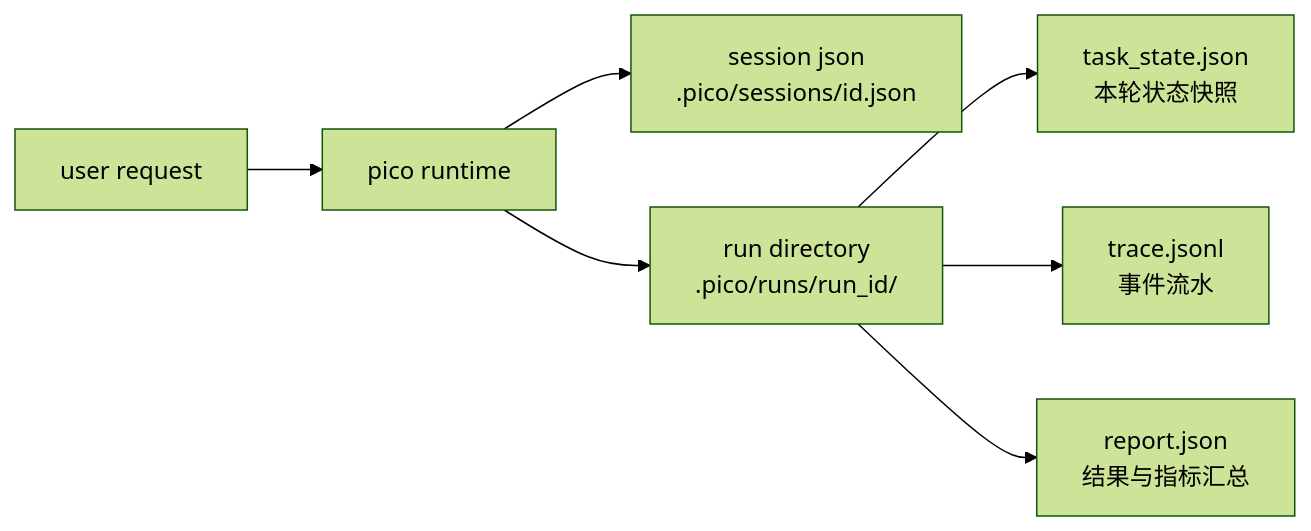
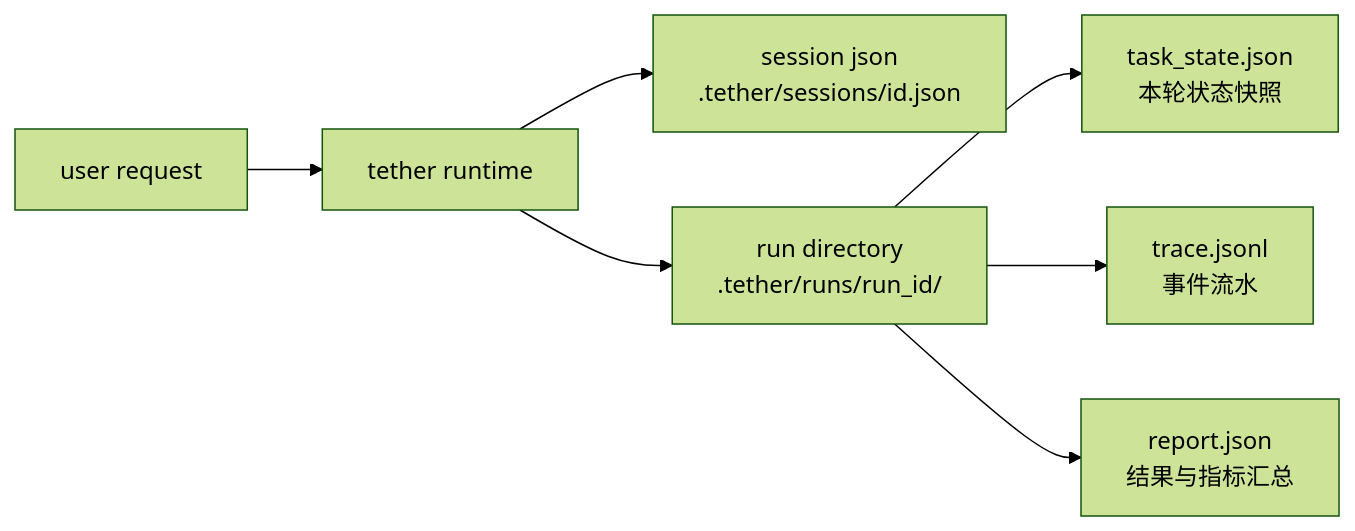
Before and after one commit to yu-harness/tether: the diagram in 07-会话状态、运行工件与恢复机制设计.md, drawn with Mermaid (forest theme). The commit also changed other lines of this file and 130 other files, not shown here.

First line of the commit message:
refactor: rename the project from pico to tether

````diff
--- a/07-会话状态、运行工件与恢复机制设计.md
+++ b/07-会话状态、运行工件与恢复机制设计.md
@@ -46,9 +46,9 @@
 ```mermaid
 graph LR
-    A[user request] --> B[pico runtime]
-    B --> C[session json<br/>.pico/sessions/id.json]
-    B --> D[run directory<br/>.pico/runs/run_id/]
+    A[user request] --> B[tether runtime]
+    B --> C[session json<br/>.tether/sessions/id.json]
+    B --> D[run directory<br/>.tether/runs/run_id/]
     D --> E[task_state.json<br/>本轮状态快照]
     D --> F[trace.jsonl<br/>事件流水]
     D --> G[report.json<br/>结果与指标汇总]
 ```
````
